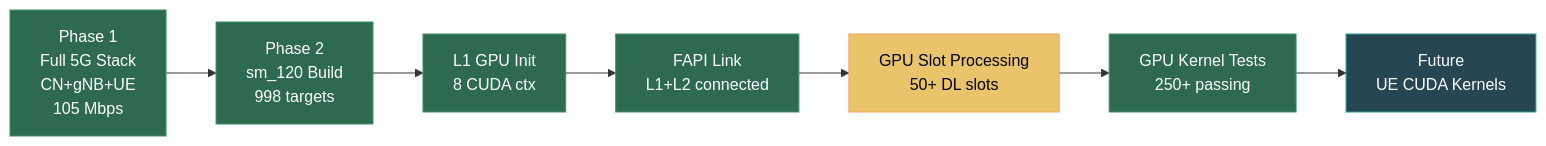
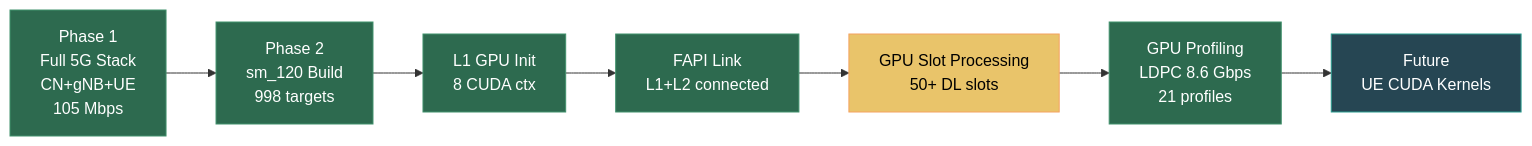
One commit to AnttiTMTK/Documents changed the first of 9 diagrams in OAI_5G_GB10_Project_Report.md. Above: the diagram before and after it, drawn with Mermaid. The commit also changed other lines of this file and 1 other file, not shown here.

First line of the commit message:
Update report with comprehensive GPU kernel profiling data

````diff
--- a/OAI_5G_GB10_Project_Report.md
+++ b/OAI_5G_GB10_Project_Report.md
@@ -34,17 +34,17 @@
 ```mermaid
 graph LR
     P1["Phase 1<br/>Full 5G Stack<br/>CN+gNB+UE<br/>105 Mbps"] --> P2A["Phase 2<br/>sm_120 Build<br/>998 targets"]
     P2A --> P2B["L1 GPU Init<br/>8 CUDA ctx"]
     P2B --> P2C["FAPI Link<br/>L1+L2 connected"]
     P2C --> P2D["GPU Slot Processing<br/>50+ DL slots"]
-    P2D --> P2E["GPU Kernel Tests<br/>250+ passing"]
+    P2D --> P2E["GPU Profiling<br/>LDPC 8.6 Gbps<br/>21 profiles"]
     P2E --> P3["Future<br/>UE CUDA Kernels"]
 
     style P1 fill:#2d6a4f,stroke:#40916c,color:#fff
     style P2A fill:#2d6a4f,stroke:#40916c,color:#fff
     style P2B fill:#2d6a4f,stroke:#40916c,color:#fff
     style P2C fill:#2d6a4f,stroke:#40916c,color:#fff
     style P2D fill:#e9c46a,stroke:#f4a261,color:#000
     style P2E fill:#2d6a4f,stroke:#40916c,color:#fff
     style P3 fill:#264653,stroke:#2a9d8f,color:#fff
 ```
````
